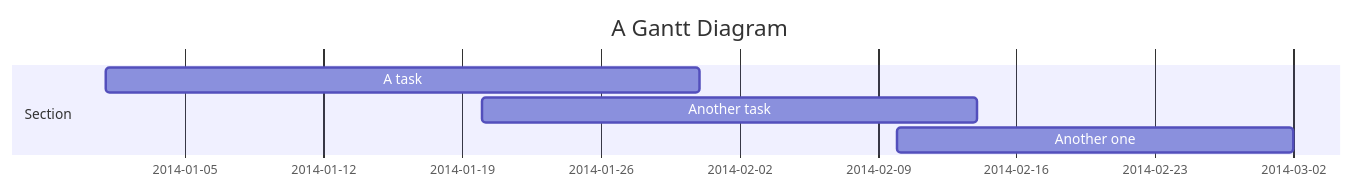
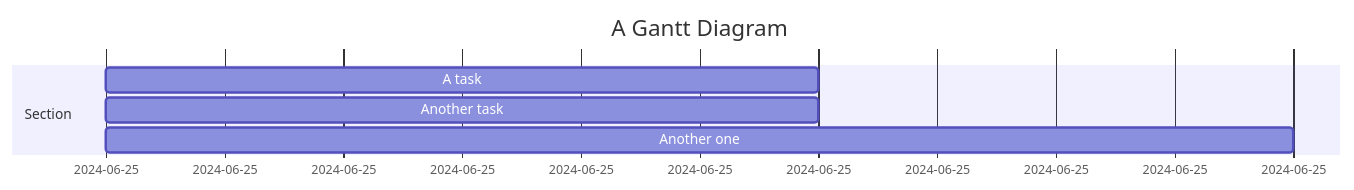
The first of 3 diagrams in README.md (JameS-Gmz/api-Rest), drawn with Mermaid before and after one commit.

````diff
--- a/README.md
+++ b/README.md
@@ -48,11 +48,11 @@
 ```mermaid
 gantt
     title A Gantt Diagram
     dateFormat  YYYY-MM-DD
 
     section Section
-    A task           :a1, 2014-01-01, 30d
-    Another task     :a2, 2014-01-20, 25d
-    Another one      :a3, 2014-02-10, 20d
+    A task           :a1, 2024-06-25, 3h
+    Another task     :a2, 2024-06-25, 3h
+    Another one      :a3, 2024-06-25, 5h
 
 ```
````
